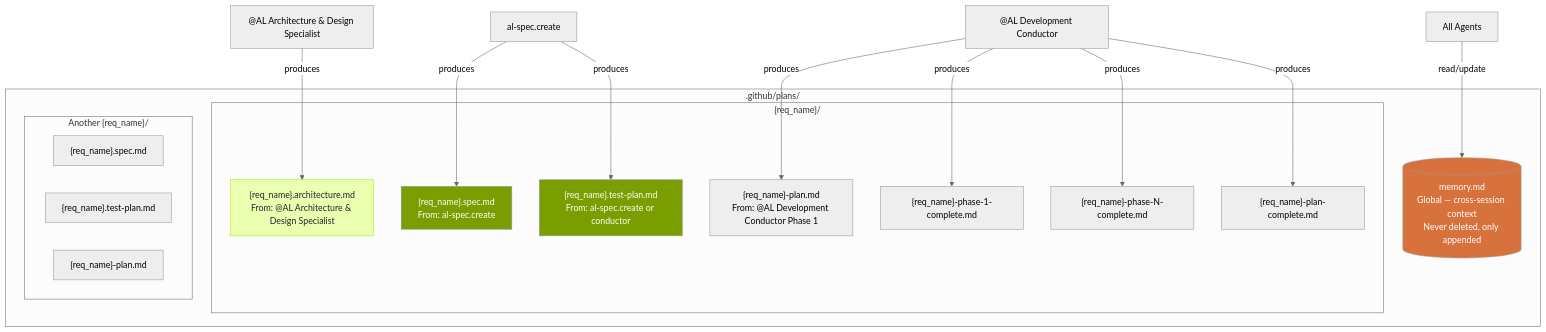
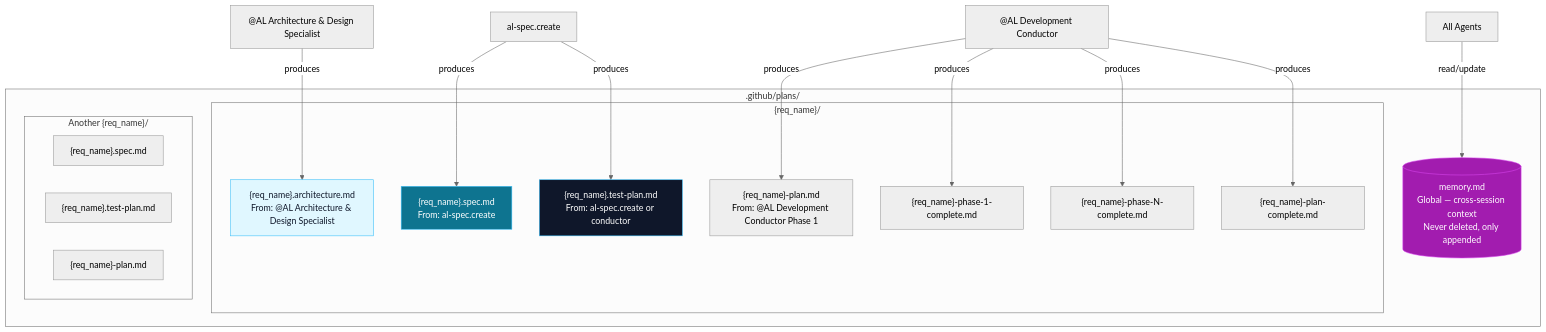
Before and after one commit to javiarmesto/ALDC-AL-Development-Collection: the fourth of 4 diagrams in docs/framework/ALDC-Architecture-Diagrams.md, drawn with Mermaid (neutral theme). The commit also changed other lines of this file and 12 other files, not shown here.

````diff
--- a/docs/framework/ALDC-Architecture-Diagrams.md
+++ b/docs/framework/ALDC-Architecture-Diagrams.md
@@ -179,36 +179,36 @@
 ```mermaid
 graph TB
     subgraph PLANS[".github/plans/"]
         MEMORY[("memory.md\nGlobal — cross-session context\nNever deleted, only appended")]
 
         subgraph REQ_A["{req_name}/"]
             ARCH_A["{req_name}.architecture.md\nFrom: @AL Architecture & Design Specialist"]
             SPEC_A["{req_name}.spec.md\nFrom: al-spec.create"]
             TP_A["{req_name}.test-plan.md\nFrom: al-spec.create or conductor"]
             PLAN_A["{req_name}-plan.md\nFrom: @AL Development Conductor Phase 1"]
             PH1["{req_name}-phase-1-complete.md"]
             PHN["{req_name}-phase-N-complete.md"]
             DONE["{req_name}-plan-complete.md"]
         end
 
         subgraph REQ_B["Another {req_name}/"]
             SPEC_B["{req_name}.spec.md"]
             TP_B["{req_name}.test-plan.md"]
             PLAN_B["{req_name}-plan.md"]
         end
     end
 
     ARCH["@AL Architecture & Design Specialist"] -->|produces| ARCH_A
     SPEC_WF["al-spec.create"] -->|produces| SPEC_A
     SPEC_WF -->|produces| TP_A
     COND["@AL Development Conductor"] -->|produces| PLAN_A
     COND -->|produces| PH1
     COND -->|produces| PHN
     COND -->|produces| DONE
     ALL_AGENTS["All Agents"] -->|read/update| MEMORY
 
-    style MEMORY fill:#d8723c,color:#fff
-    style ARCH_A fill:#ebffb1,color:#232529,stroke:#ade900
-    style SPEC_A fill:#7a9e00,color:#fff
-    style TP_A fill:#7a9e00,color:#fff
+    style MEMORY fill:#A21CAF,color:#fff,stroke:#D946EF
+    style ARCH_A fill:#E0F7FF,color:#0F172A,stroke:#38BDF8
+    style SPEC_A fill:#0E7490,color:#fff,stroke:#38BDF8
+    style TP_A fill:#0F172A,color:#fff,stroke:#38BDF8
 ```
````
